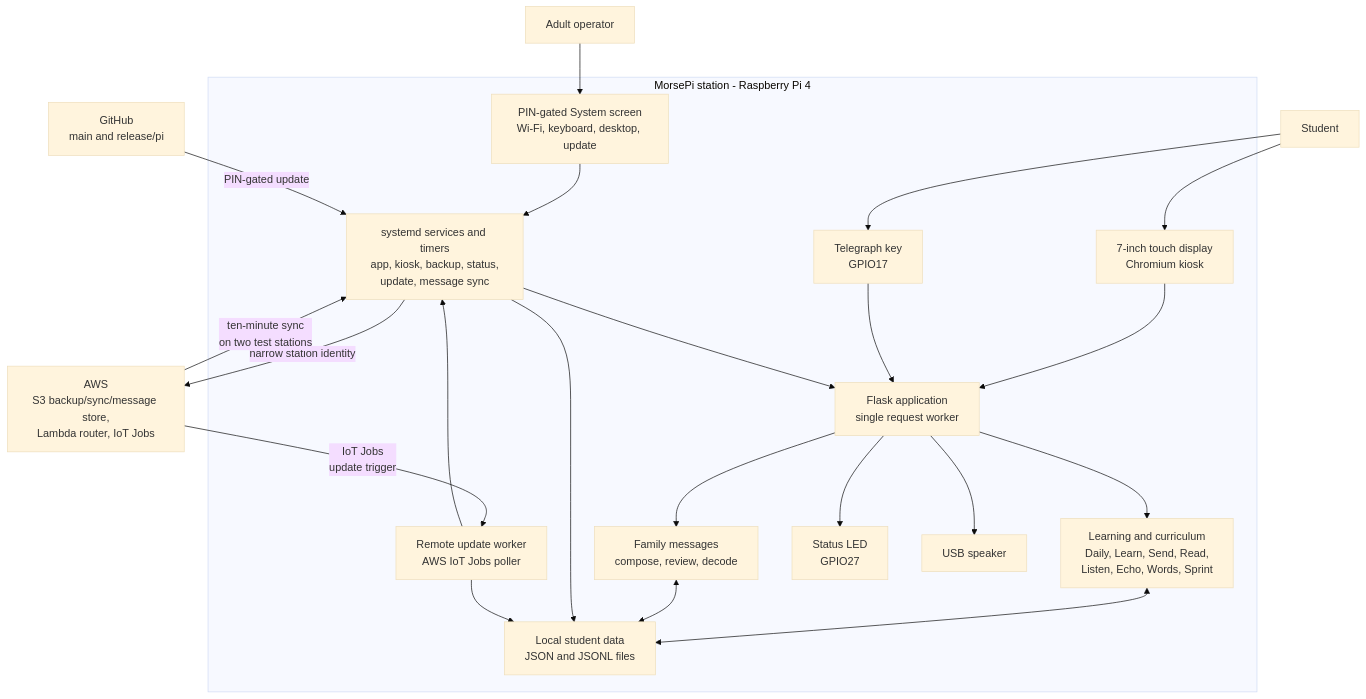
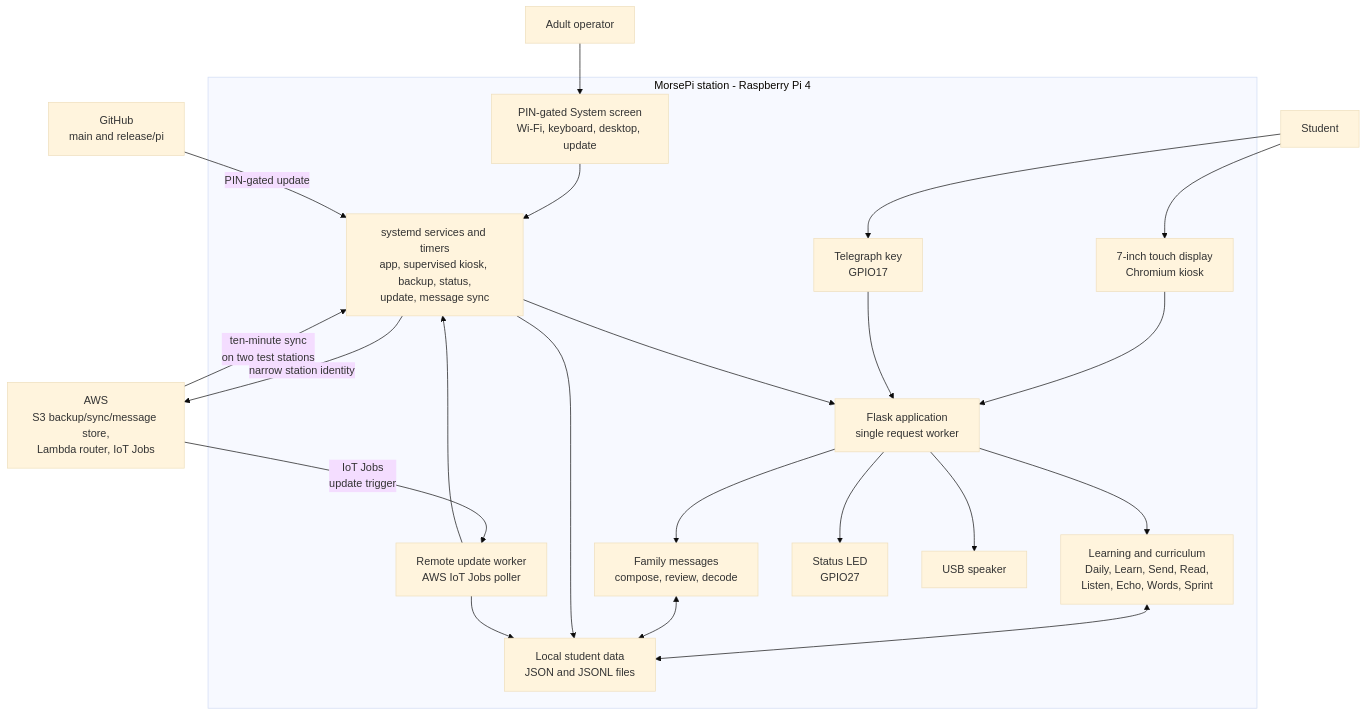
The first of 2 diagrams in docs/ARCHITECTURE.md (luminerdy/morsePi), drawn with Mermaid (base theme) before and after one commit. The commit also changed 19 other files, not shown here.

Commit message:
Add supervised Chromium kiosk

````diff
--- a/docs/ARCHITECTURE.md
+++ b/docs/ARCHITECTURE.md
@@ -9,45 +9,45 @@
 ```mermaid
 flowchart TB
     Student["Student"]
     Adult["Adult operator"]
 
     subgraph Station["MorsePi station - Raspberry Pi 4"]
         Touch["7-inch touch display<br/>Chromium kiosk"]
         Web["Flask application<br/>single request worker"]
         Learning["Learning and curriculum<br/>Daily, Learn, Send, Read,<br/>Listen, Echo, Words, Sprint"]
         Messages["Family messages<br/>compose, review, decode"]
         Data["Local student data<br/>JSON and JSONL files"]
-        Services["systemd services and timers<br/>app, kiosk, backup, status,<br/>update, message sync"]
+        Services["systemd services and timers<br/>app, supervised kiosk, backup, status,<br/>update, message sync"]
         RemoteWorker["Remote update worker<br/>AWS IoT Jobs poller"]
         Recovery["PIN-gated System screen<br/>Wi-Fi, keyboard, desktop, update"]
         Keyer["Telegraph key<br/>GPIO17"]
         LED["Status LED<br/>GPIO27"]
         Speaker["USB speaker"]
 
         Touch --> Web
         Web --> Learning
         Web --> Messages
         Learning <--> Data
         Messages <--> Data
         Keyer --> Web
         Web --> LED
         Web --> Speaker
         Services --> Web
         Services --> Data
         RemoteWorker --> Services
         RemoteWorker --> Data
         Recovery --> Services
     end
 
     Student --> Touch
     Student --> Keyer
     Adult --> Recovery
 
     GitHub["GitHub<br/>main and release/pi"]
     AWS["AWS<br/>S3 backup/sync/message store,<br/>Lambda router, IoT Jobs"]
 
     GitHub -->|"PIN-gated update"| Services
     Services -->|"narrow station identity"| AWS
     AWS -->|"ten-minute sync<br/>on two test stations"| Services
     AWS -->|"IoT Jobs<br/>update trigger"| RemoteWorker
 ```
````
